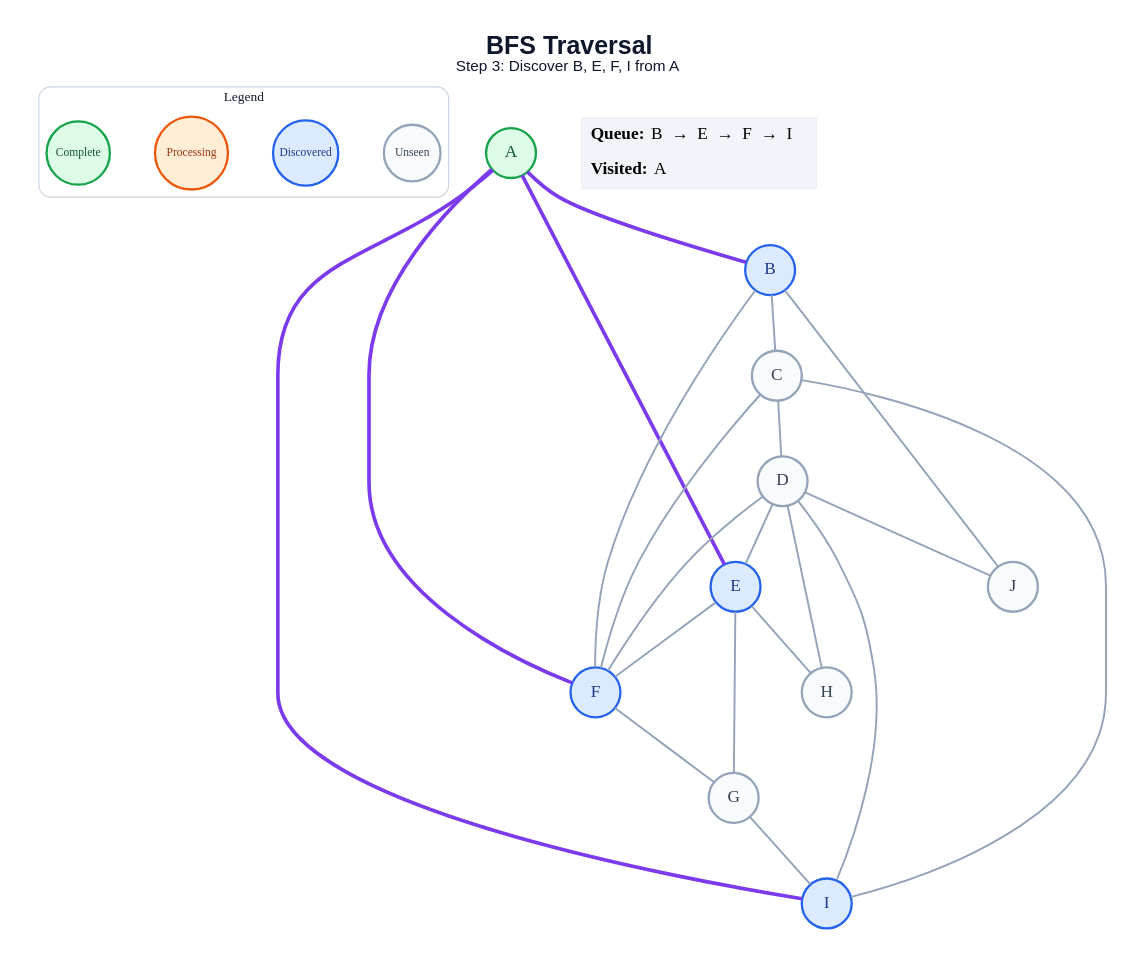
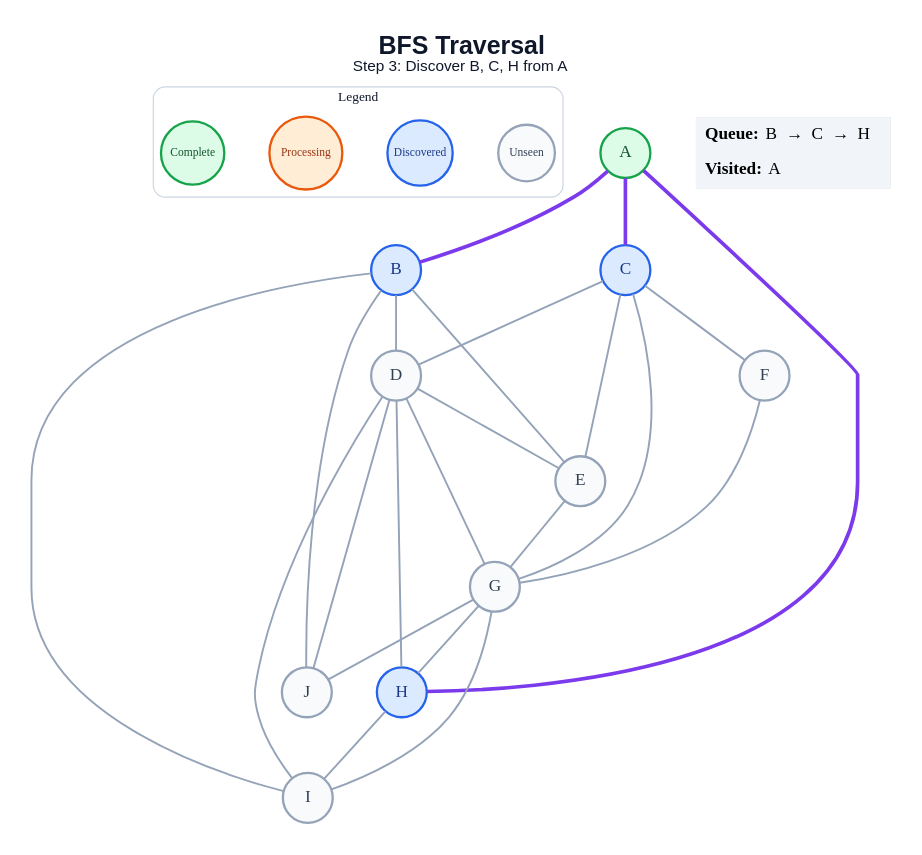
One commit to anon7238593-create/ai-slop changed the diagram in generated/bfs/step_03.dot. Above: the diagram before and after it, drawn with Graphviz. The commit also changed 178 other files, not shown here.

```diff
--- a/generated/bfs/step_03.dot
+++ b/generated/bfs/step_03.dot
@@ -1,49 +1,51 @@
 graph traversal {
   graph [layout=dot, rankdir=TB, bgcolor="#FFFFFF", pad="0.35", nodesep="0.65", ranksep="0.8", fontname="Arial"];
   node [shape=circle, style="filled", fontname="Arial Bold", fontsize=18, width=0.72, fixedsize=true, penwidth=2.4];
   edge [color="#94A3B8", penwidth=2.0];
-  label=<<B>BFS Traversal</B><BR/><FONT POINT-SIZE="16">Step 3: Discover B, E, F, I from A</FONT>>; labelloc="t"; fontsize=26; fontname="Arial"; fontcolor="#0F172A";
+  label=<<B>BFS Traversal</B><BR/><FONT POINT-SIZE="16">Step 3: Discover B, C, H from A</FONT>>; labelloc="t"; fontsize=26; fontname="Arial"; fontcolor="#0F172A";
   subgraph cluster_legend { label="Legend"; color="#CBD5E1"; penwidth=1.2; style="rounded"; fontsize=14; fontname="Arial Bold";
     key_unseen [label="Unseen", fillcolor="#F8FAFC", color="#94A3B8", fontcolor="#334155", fontsize=12, width=0.82];
     key_frontier [label="Discovered", fillcolor="#DBEAFE", color="#2563EB", fontcolor="#1E3A8A", fontsize=12, width=0.95];
     key_current [label="Processing", fillcolor="#FFEDD5", color="#EA580C", fontcolor="#9A3412", fontsize=12, width=1.05];
     key_done [label="Complete", fillcolor="#DCFCE7", color="#16A34A", fontcolor="#14532D", fontsize=12, width=0.92];
     { rank=same; key_unseen; key_frontier; key_current; key_done; }
   }
   A [fillcolor="#DCFCE7", color="#16A34A", fontcolor="#14532D"];
   B [fillcolor="#DBEAFE", color="#2563EB", fontcolor="#1E3A8A"];
-  C [fillcolor="#F8FAFC", color="#94A3B8", fontcolor="#334155"];
+  C [fillcolor="#DBEAFE", color="#2563EB", fontcolor="#1E3A8A"];
   D [fillcolor="#F8FAFC", color="#94A3B8", fontcolor="#334155"];
-  E [fillcolor="#DBEAFE", color="#2563EB", fontcolor="#1E3A8A"];
-  F [fillcolor="#DBEAFE", color="#2563EB", fontcolor="#1E3A8A"];
+  E [fillcolor="#F8FAFC", color="#94A3B8", fontcolor="#334155"];
+  F [fillcolor="#F8FAFC", color="#94A3B8", fontcolor="#334155"];
   G [fillcolor="#F8FAFC", color="#94A3B8", fontcolor="#334155"];
-  H [fillcolor="#F8FAFC", color="#94A3B8", fontcolor="#334155"];
-  I [fillcolor="#DBEAFE", color="#2563EB", fontcolor="#1E3A8A"];
+  H [fillcolor="#DBEAFE", color="#2563EB", fontcolor="#1E3A8A"];
+  I [fillcolor="#F8FAFC", color="#94A3B8", fontcolor="#334155"];
   J [fillcolor="#F8FAFC", color="#94A3B8", fontcolor="#334155"];
   A -- B [color="#7C3AED", penwidth=3.8];
-  A -- E [color="#7C3AED", penwidth=3.8];
-  A -- F [color="#7C3AED", penwidth=3.8];
-  A -- I [color="#7C3AED", penwidth=3.8];
-  B -- C;
-  B -- F;
+  A -- C [color="#7C3AED", penwidth=3.8];
+  A -- H [color="#7C3AED", penwidth=3.8];
+  B -- D;
+  B -- E;
+  B -- I;
   B -- J;
   C -- D;
+  C -- E;
   C -- F;
-  C -- I;
+  C -- G;
   D -- E;
-  D -- F;
+  D -- G;
   D -- H;
   D -- I;
   D -- J;
-  E -- F;
   E -- G;
-  E -- H;
   F -- G;
+  G -- H;
   G -- I;
+  G -- J;
+  H -- I;
   status [shape=plain, fixedsize=false, width=0, height=0, margin=0, label=<
     <TABLE BORDER="0" CELLBORDER="0" CELLPADDING="7" BGCOLOR="#F1F5F9">
-      <TR><TD ALIGN="LEFT"><B>Queue:</B> B  →  E  →  F  →  I</TD></TR>
+      <TR><TD ALIGN="LEFT"><B>Queue:</B> B  →  C  →  H</TD></TR>
       <TR><TD ALIGN="LEFT"><B>Visited:</B> A</TD></TR>
     </TABLE>
   >];
 }
```
